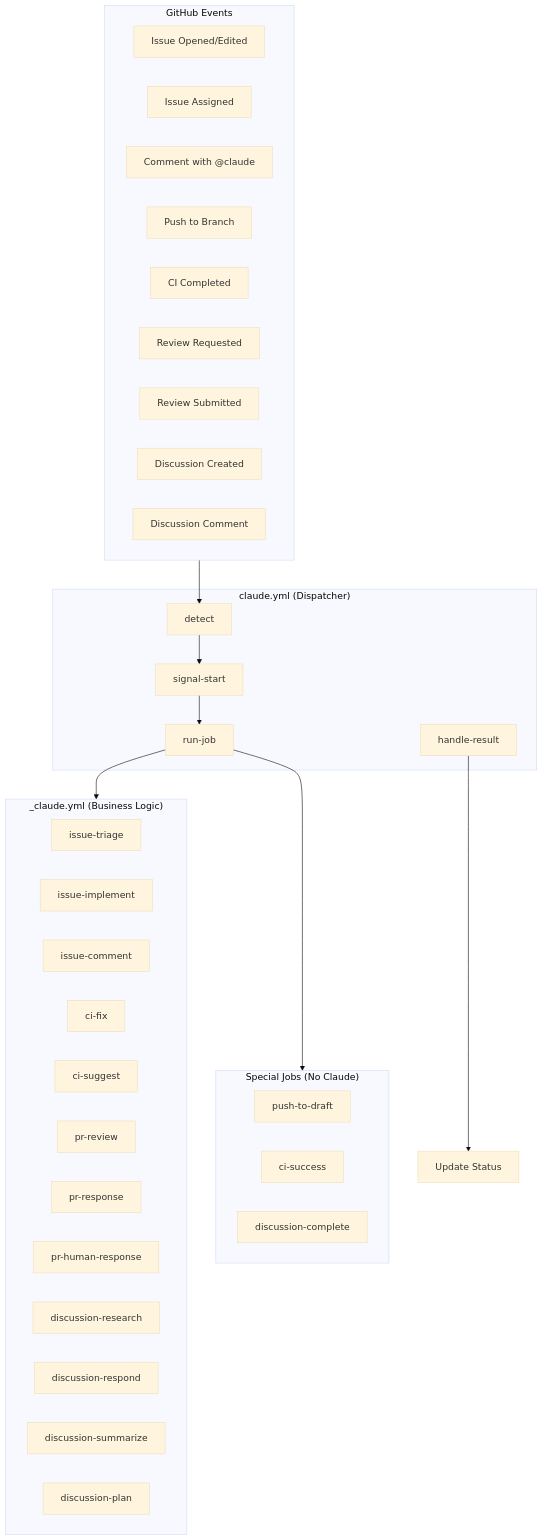
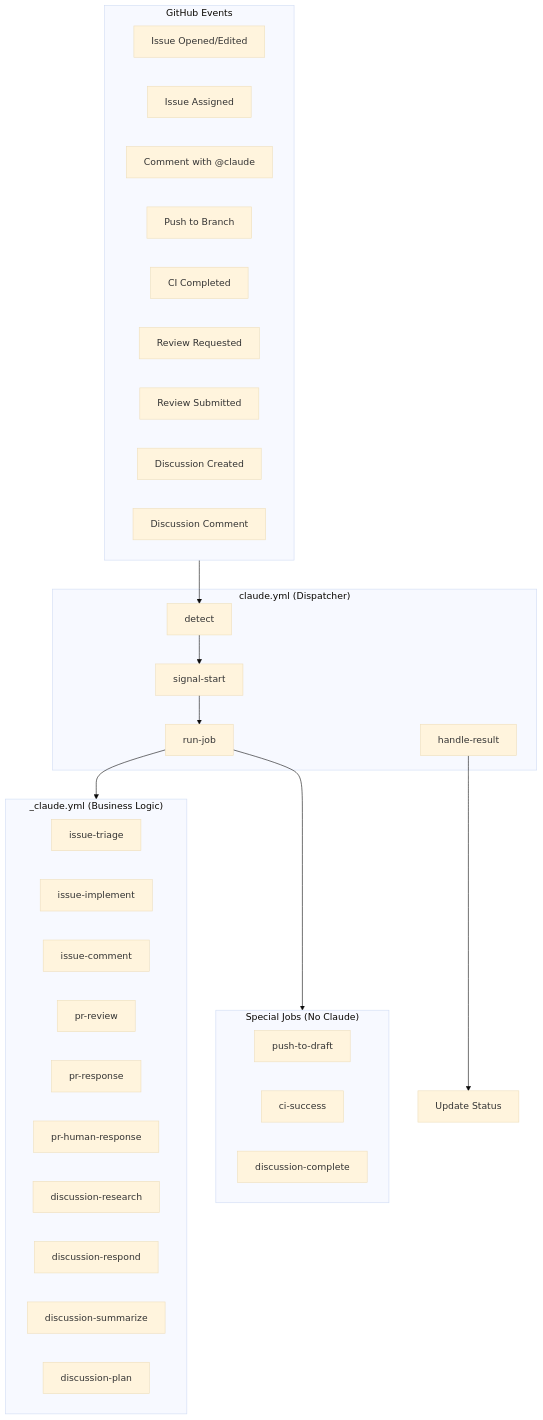
One commit to kevin-mind/nopo changed the first of 5 diagrams in docs/automation/ARCHITECTURE.md. Above: the diagram before and after it, drawn with Mermaid (base theme). The commit also changed other lines of this file and 23 other files, not shown here.

````diff
--- a/docs/automation/ARCHITECTURE.md
+++ b/docs/automation/ARCHITECTURE.md
@@ -7,49 +7,47 @@
 ```mermaid
 flowchart TB
     subgraph Triggers["GitHub Events"]
         T1[Issue Opened/Edited]
         T2[Issue Assigned]
         T3[Comment with @claude]
         T4[Push to Branch]
         T5[CI Completed]
         T6[Review Requested]
         T7[Review Submitted]
         T8[Discussion Created]
         T9[Discussion Comment]
     end
 
     subgraph Dispatcher["claude.yml (Dispatcher)"]
         D1[detect]
         D2[signal-start]
         D3[run-job]
         D4[handle-result]
     end
 
     subgraph Special["Special Jobs (No Claude)"]
         S1[push-to-draft]
         S2[ci-success]
         S3[discussion-complete]
     end
 
     subgraph Controller["_claude.yml (Business Logic)"]
         C1[issue-triage]
         C2[issue-implement]
         C3[issue-comment]
-        C4[ci-fix]
-        C5[ci-suggest]
         C6[pr-review]
         C7[pr-response]
         C8[pr-human-response]
         C9[discussion-research]
         C10[discussion-respond]
         C11[discussion-summarize]
         C12[discussion-plan]
     end
 
     Triggers --> D1
     D1 --> D2
     D2 --> D3
     D3 --> Controller
     D3 --> Special
     D4 --> Result[Update Status]
 ```
````
